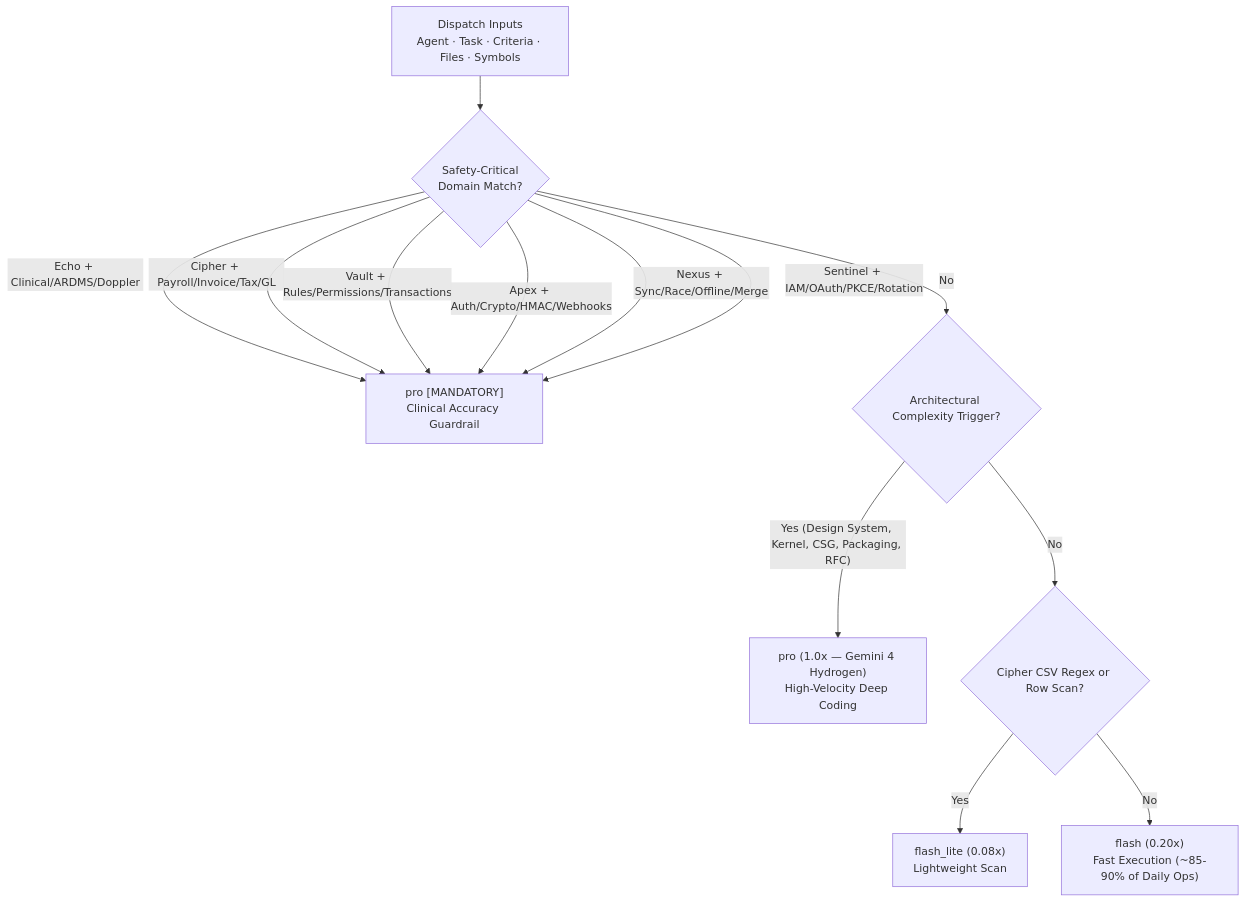
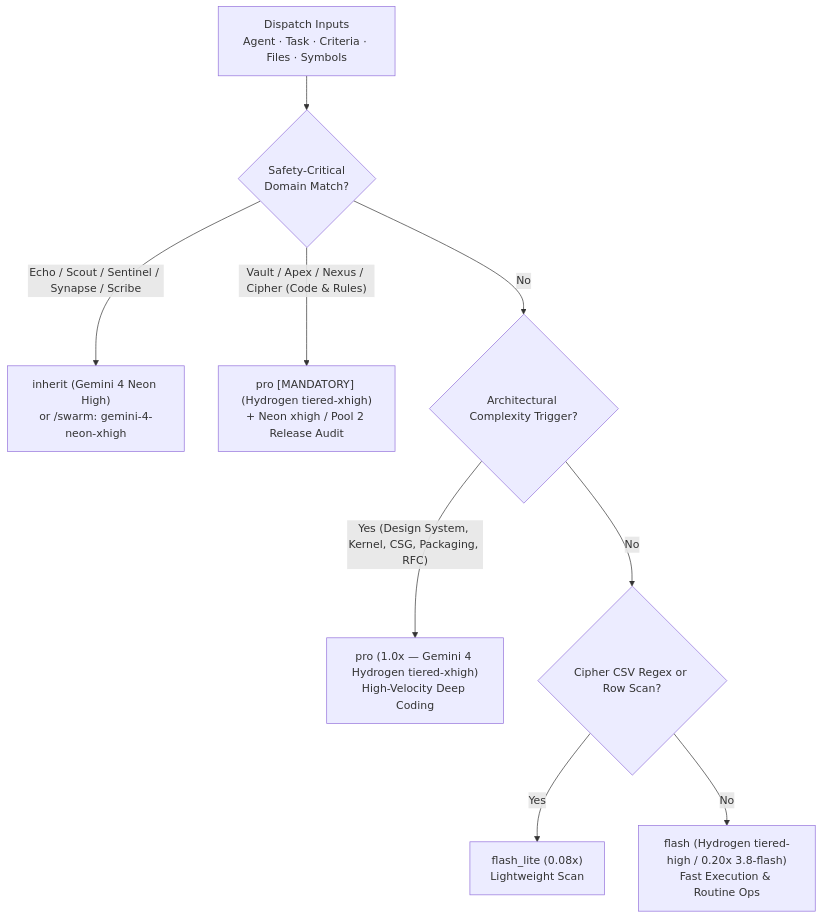
The diagram in 02_AI-Systems-Architecture/03-Differential-Context-and-Quota-Governance.md (jhathcock-sys/Public-Showcase), drawn with Mermaid before and after one commit. The commit also changed other lines of this file and 5 other files, not shown here.

Commit message:
docs(showcase): sync 27-model Neon routing, 32.5M/325M telemetry, and <24KB rule hygiene

````diff
--- a/02_AI-Systems-Architecture/03-Differential-Context-and-Quota-Governance.md
+++ b/02_AI-Systems-Architecture/03-Differential-Context-and-Quota-Governance.md
@@ -151,15 +158,11 @@
 ```mermaid
 flowchart TD
     Req["Dispatch Inputs\nAgent · Task · Criteria · Files · Symbols"] --> Mand{"Safety-Critical\nDomain Match?"}
-    Mand -->|"Echo + Clinical/ARDMS/Doppler"| Lock["pro [MANDATORY]\nClinical Accuracy Guardrail"]
-    Mand -->|"Cipher + Payroll/Invoice/Tax/GL"| Lock
-    Mand -->|"Vault + Rules/Permissions/Transactions"| Lock
-    Mand -->|"Apex + Auth/Crypto/HMAC/Webhooks"| Lock
-    Mand -->|"Nexus + Sync/Race/Offline/Merge"| Lock
-    Mand -->|"Sentinel + IAM/OAuth/PKCE/Rotation"| Lock
+    Mand -->|"Echo / Scout / Sentinel / Synapse / Scribe"| Neon["inherit (Gemini 4 Neon High)\nor /swarm: gemini-4-neon-xhigh"]
+    Mand -->|"Vault / Apex / Nexus / Cipher (Code & Rules)"| Lock["pro [MANDATORY] (Hydrogen tiered-xhigh)\n+ Neon xhigh / Pool 2 Release Audit"]
     Mand -->|"No"| Arch{"Architectural Complexity Trigger?"}
-    Arch -->|"Yes (Design System, Kernel, CSG, Packaging, RFC)"| Pro["pro (1.0x — Gemini 4 Hydrogen)\nHigh-Velocity Deep Coding"]
+    Arch -->|"Yes (Design System, Kernel, CSG, Packaging, RFC)"| Pro["pro (1.0x — Gemini 4 Hydrogen tiered-xhigh)\nHigh-Velocity Deep Coding"]
     Arch -->|"No"| Lite{"Cipher CSV Regex or Row Scan?"}
     Lite -->|"Yes"| FL["flash_lite (0.08x)\nLightweight Scan"]
-    Lite -->|"No"| F["flash (0.20x)\nFast Execution (~85-90% of Daily Ops)"]
+    Lite -->|"No"| F["flash (Hydrogen tiered-high / 0.20x 3.8-flash)\nFast Execution & Routine Ops"]
 ```
````
